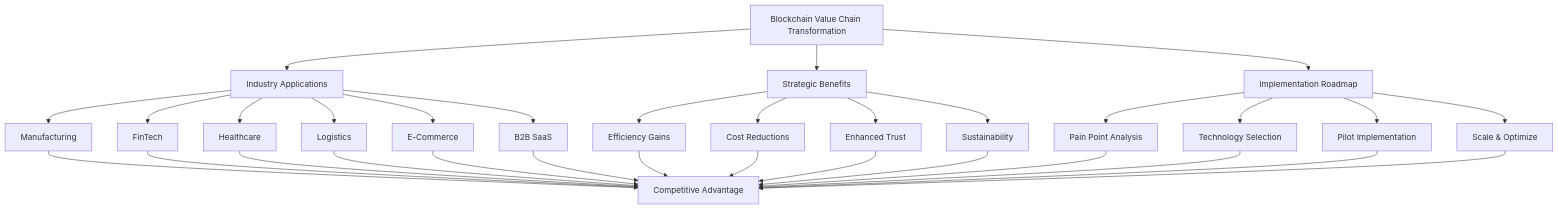
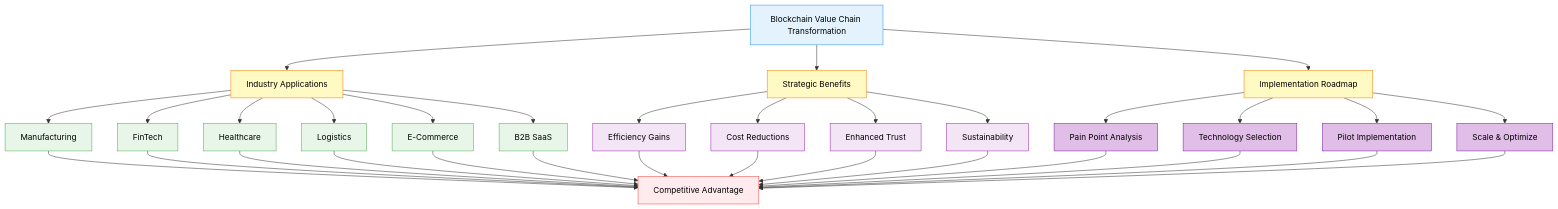
Before and after one commit to ljg-cqu/knowledge: diagram 14 of 14 in Industry/Blockchain/Blockchain/ValueChain/QA_LinerGeneralDeepResearch.md, drawn with Mermaid. The commit also changed other lines of this file and 6 other files, not shown here.

````diff
--- a/Industry/Blockchain/Blockchain/ValueChain/QA_LinerGeneralDeepResearch.md
+++ b/Industry/Blockchain/Blockchain/ValueChain/QA_LinerGeneralDeepResearch.md
@@ -591,38 +730,58 @@
 ```mermaid
 graph TD
     A[Blockchain Value Chain Transformation] --> B[Industry Applications]
     A --> C[Strategic Benefits]
     A --> D[Implementation Roadmap]
     
     B --> E[Manufacturing]
     B --> F[FinTech]
     B --> G[Healthcare]
     B --> H[Logistics]
     B --> I[E-Commerce]
     B --> J[B2B SaaS]
     
     C --> K[Efficiency Gains]
     C --> L[Cost Reductions]
     C --> M[Enhanced Trust]
     C --> N[Sustainability]
     
     D --> O[Pain Point Analysis]
     D --> P[Technology Selection]
     D --> Q[Pilot Implementation]
     D --> R[Scale & Optimize]
     
     E --> S[Competitive Advantage]
     F --> S
     G --> S
     H --> S
     I --> S
     J --> S
     K --> S
     L --> S
     M --> S
     N --> S
     O --> S
     P --> S
     Q --> S
     R --> S
+    
+    style A fill:#E3F2FD,stroke:#2196F3,color:#000
+    style B fill:#FFF9C4,stroke:#F57C00,color:#000
+    style C fill:#FFF9C4,stroke:#F57C00,color:#000
+    style D fill:#FFF9C4,stroke:#F57C00,color:#000
+    style E fill:#E8F5E9,stroke:#4CAF50,color:#000
+    style F fill:#E8F5E9,stroke:#4CAF50,color:#000
+    style G fill:#E8F5E9,stroke:#4CAF50,color:#000
+    style H fill:#E8F5E9,stroke:#4CAF50,color:#000
+    style I fill:#E8F5E9,stroke:#4CAF50,color:#000
+    style J fill:#E8F5E9,stroke:#4CAF50,color:#000
+    style K fill:#F3E5F5,stroke:#9C27B0,color:#000
+    style L fill:#F3E5F5,stroke:#9C27B0,color:#000
+    style M fill:#F3E5F5,stroke:#9C27B0,color:#000
+    style N fill:#F3E5F5,stroke:#9C27B0,color:#000
+    style O fill:#E1BEE7,stroke:#7B1FA2,color:#000
+    style P fill:#E1BEE7,stroke:#7B1FA2,color:#000
+    style Q fill:#E1BEE7,stroke:#7B1FA2,color:#000
+    style R fill:#E1BEE7,stroke:#7B1FA2,color:#000
+    style S fill:#FFEBEE,stroke:#F44336,color:#000
 ```
````
